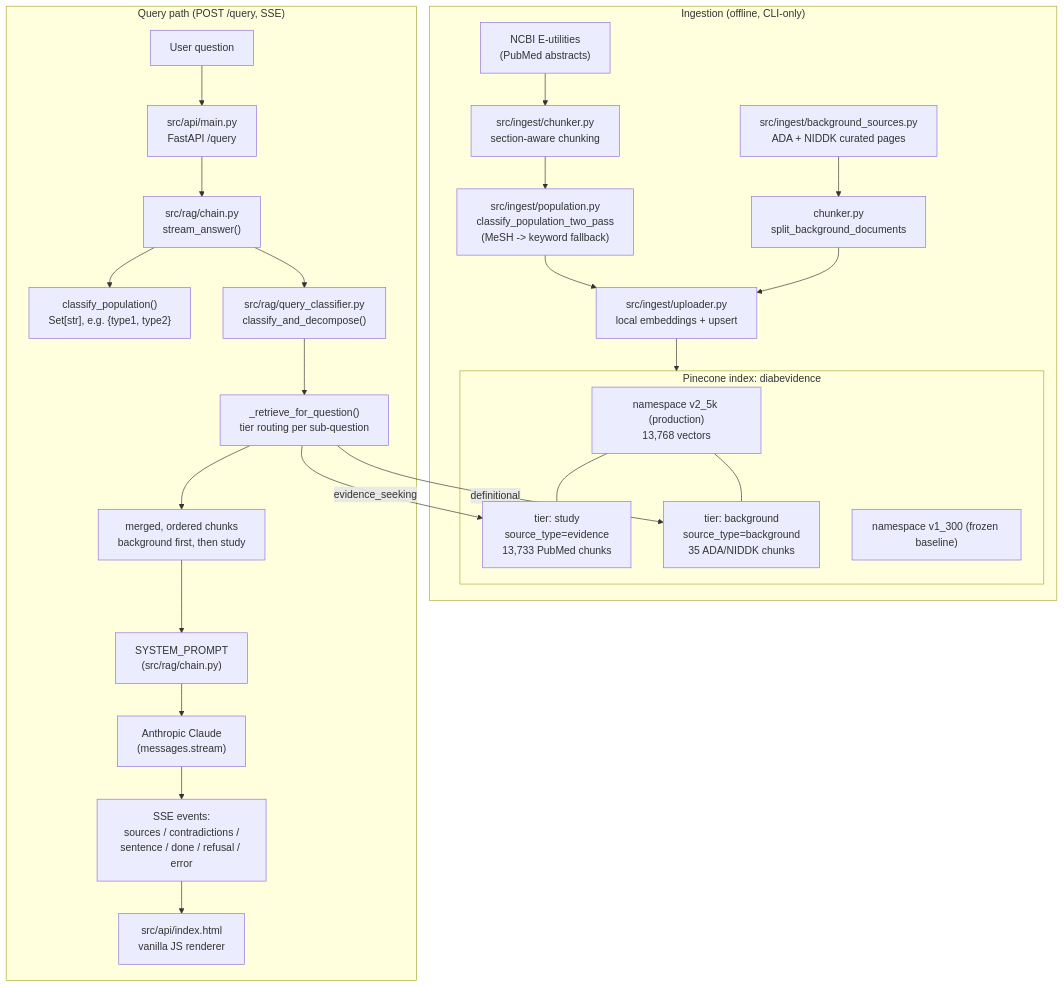
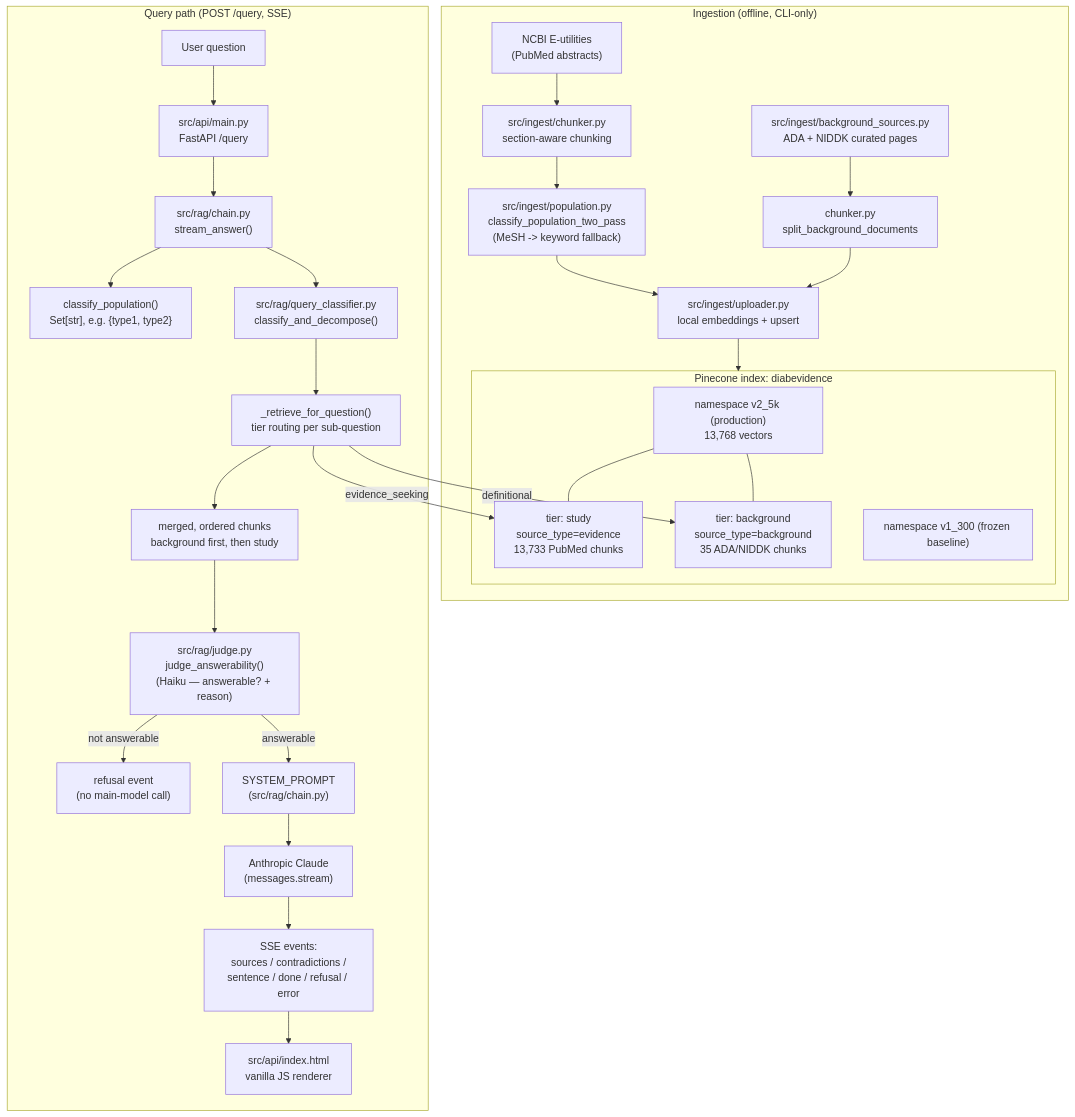
The first of 2 diagrams in docs/ARCHITECTURE.md (manoj2883/Daibevidence), drawn with Mermaid before and after one commit. The commit also changed other lines of this file and 11 other files, not shown here.

First line of the commit message:
Add answerability judge (boolean) to replace similarity-floor abstain gate

````diff
--- a/docs/ARCHITECTURE.md
+++ b/docs/ARCHITECTURE.md
@@ -7,33 +7,35 @@
 ```mermaid
 flowchart TB
     subgraph Ingestion["Ingestion (offline, CLI-only)"]
         PubMed["NCBI E-utilities\n(PubMed abstracts)"] --> Chunker["src/ingest/chunker.py\nsection-aware chunking"]
         BG["src/ingest/background_sources.py\nADA + NIDDK curated pages"] --> BGChunker["chunker.py\nsplit_background_documents"]
         Chunker --> PopClassify["src/ingest/population.py\nclassify_population_two_pass\n(MeSH -> keyword fallback)"]
         PopClassify --> Uploader["src/ingest/uploader.py\nlocal embeddings + upsert"]
         BGChunker --> Uploader
         Uploader --> Pinecone
     end
 
     subgraph Pinecone["Pinecone index: diabevidence"]
         NS["namespace v2_5k (production)\n13,768 vectors"]
         NS --- Study["tier: study\nsource_type=evidence\n13,733 PubMed chunks"]
         NS --- Background["tier: background\nsource_type=background\n35 ADA/NIDDK chunks"]
         NSOther["namespace v1_300 (frozen baseline)"]
     end
 
     subgraph Query["Query path (POST /query, SSE)"]
         User["User question"] --> API["src/api/main.py\nFastAPI /query"]
         API --> Chain["src/rag/chain.py\nstream_answer()"]
         Chain --> PopFix["classify_population()\nSet[str], e.g. {type1, type2}"]
         Chain --> QC["src/rag/query_classifier.py\nclassify_and_decompose()"]
         QC --> Route["_retrieve_for_question()\ntier routing per sub-question"]
         Route -->|definitional| Background
         Route -->|evidence_seeking| Study
         Route --> Merge["merged, ordered chunks\nbackground first, then study"]
-        Merge --> Prompt["SYSTEM_PROMPT\n(src/rag/chain.py)"]
+        Merge --> Judge["src/rag/judge.py\njudge_answerability()\n(Haiku — answerable? + reason)"]
+        Judge -->|not answerable| Refuse["refusal event\n(no main-model call)"]
+        Judge -->|answerable| Prompt["SYSTEM_PROMPT\n(src/rag/chain.py)"]
         Prompt --> Claude["Anthropic Claude\n(messages.stream)"]
         Claude --> SSE["SSE events:\nsources / contradictions /\nsentence / done / refusal / error"]
         SSE --> Frontend["src/api/index.html\nvanilla JS renderer"]
     end
 ```
````
